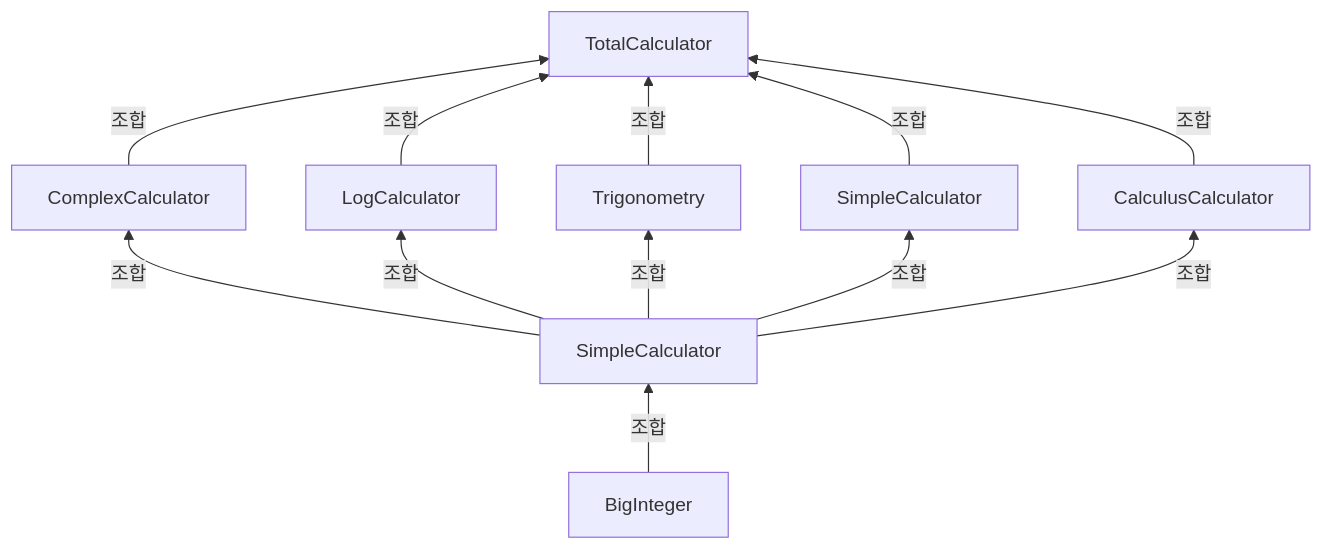
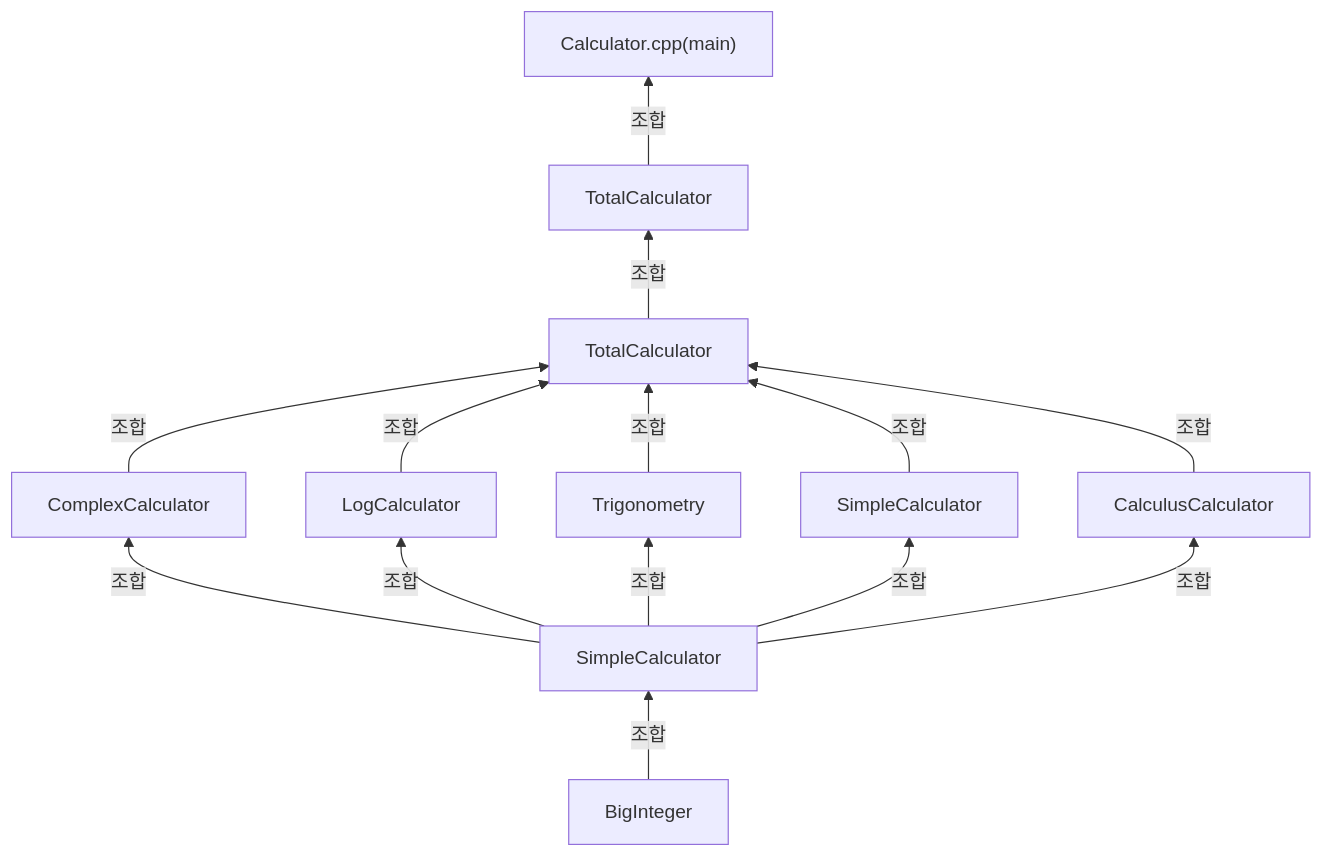
One commit to potatostore/Obsidian changed the diagram in Project/Calculator(c++).md. Above: the diagram before and after it, drawn with Mermaid. The commit also changed other lines of this file and 4 other files, not shown here.

````diff
--- a/Project/Calculator(c++).md
+++ b/Project/Calculator(c++).md
@@ -14,16 +14,21 @@
 ```mermaid
 graph BT
 		A1["BigInteger"] --조합--> A2["SimpleCalculator"]
 		
 		A2 --조합--> A3["ComplexCalculator"]
 		A2 --조합--> B3["LogCalculator"]
 		A2 --조합--> C3["Trigonometry"]
 		A2 --조합--> D3["SimpleCalculator"]
 		A2 --조합--> E3["CalculusCalculator"]
 
 		A3 --조합--> A4["TotalCalculator"]
 		B3 --조합--> A4["TotalCalculator"]
 		C3 --조합--> A4["TotalCalculator"]
 		D3 --조합--> A4["TotalCalculator"]
 		E3 --조합--> A4["TotalCalculator"]
+
+		A4 --조합--> A5["TotalCalculator"]
+
+		A5 --조합--> A6["Calculator.cpp(main)"]
+		
 ```
````
